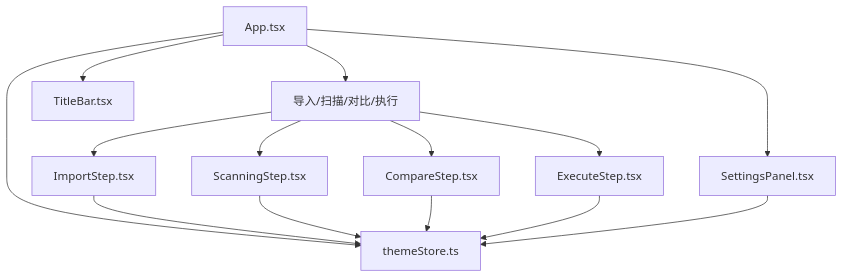
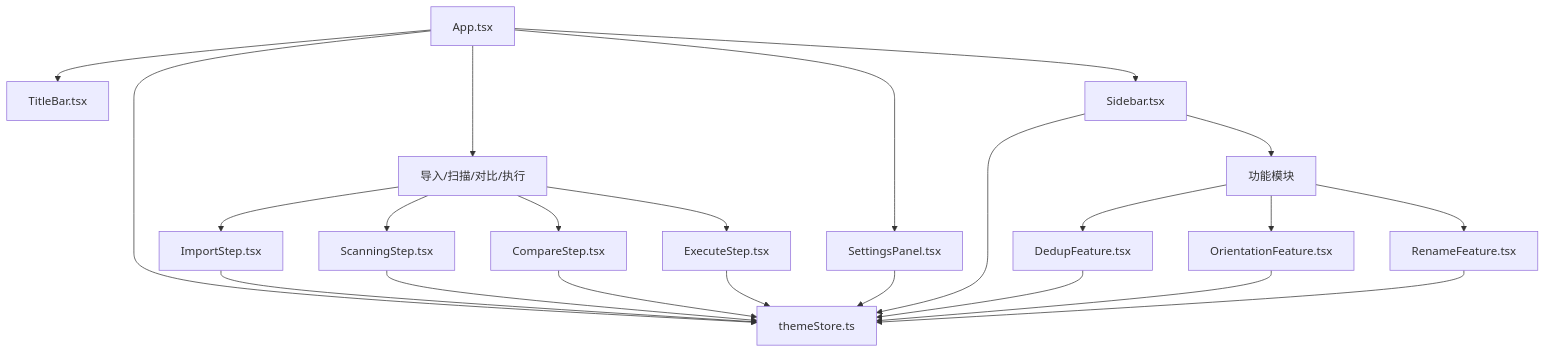
One commit to remgasuki/ReDoPhoto changed the seventh of 8 diagrams in .qoder/repowiki/zh/content/用户界面系统/用户界面系统.md. Above: the diagram before and after it, drawn with Mermaid. The commit also changed other lines of this file and 10 other files, not shown here.

````diff
--- a/.qoder/repowiki/zh/content/用户界面系统/用户界面系统.md
+++ b/.qoder/repowiki/zh/content/用户界面系统/用户界面系统.md
@@ -553,16 +712,25 @@
 ```mermaid
 graph TB
 Root["App.tsx"] --> Steps["导入/扫描/对比/执行"]
 Steps --> Import["ImportStep.tsx"]
 Steps --> Scan["ScanningStep.tsx"]
 Steps --> Compare["CompareStep.tsx"]
 Steps --> Exec["ExecuteStep.tsx"]
 Root --> Settings["SettingsPanel.tsx"]
 Root --> Title["TitleBar.tsx"]
+Root --> Sidebar["Sidebar.tsx"]
+Sidebar --> Modules["功能模块"]
+Modules --> Dedup["DedupFeature.tsx"]
+Modules --> Orientation["OrientationFeature.tsx"]
+Modules --> Rename["RenameFeature.tsx"]
 Root --> Theme["themeStore.ts"]
 Import --> Theme
 Scan --> Theme
 Compare --> Theme
 Exec --> Theme
 Settings --> Theme
+Sidebar --> Theme
+Dedup --> Theme
+Orientation --> Theme
+Rename --> Theme
 ```
````
